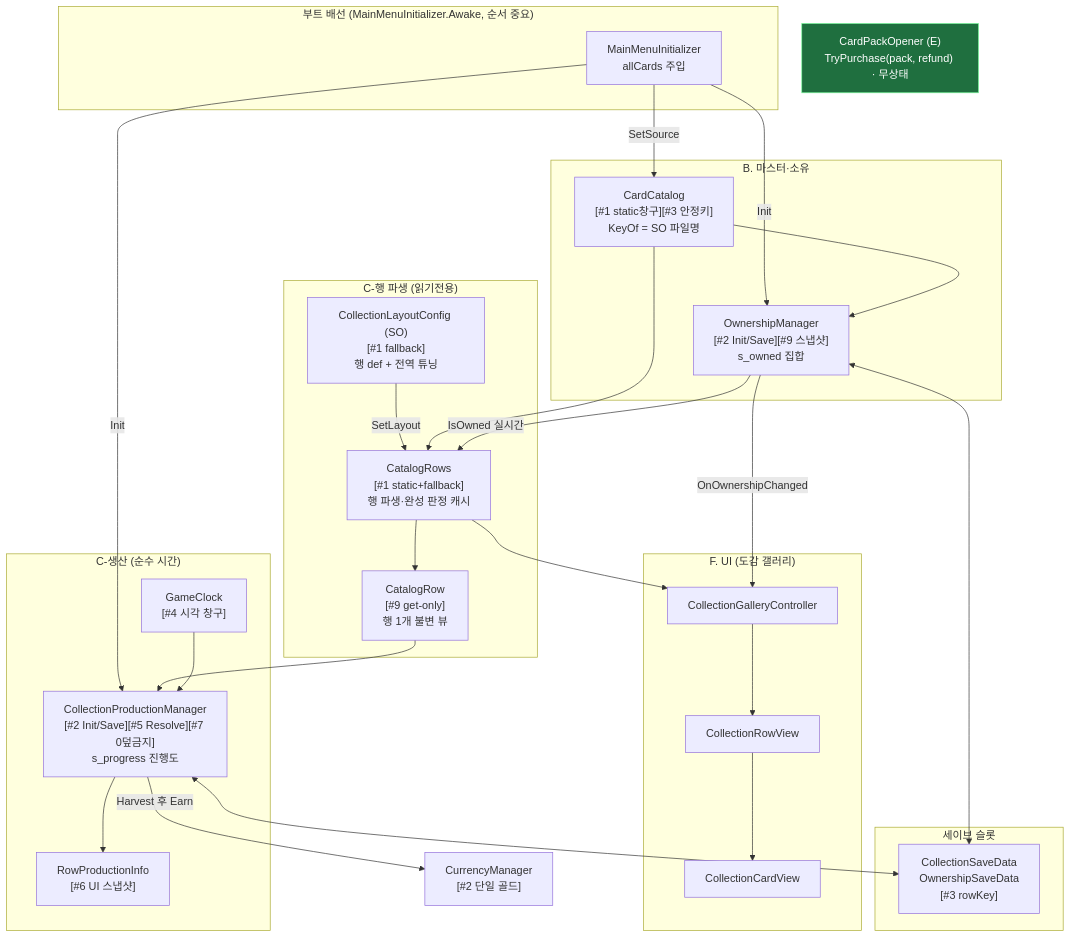
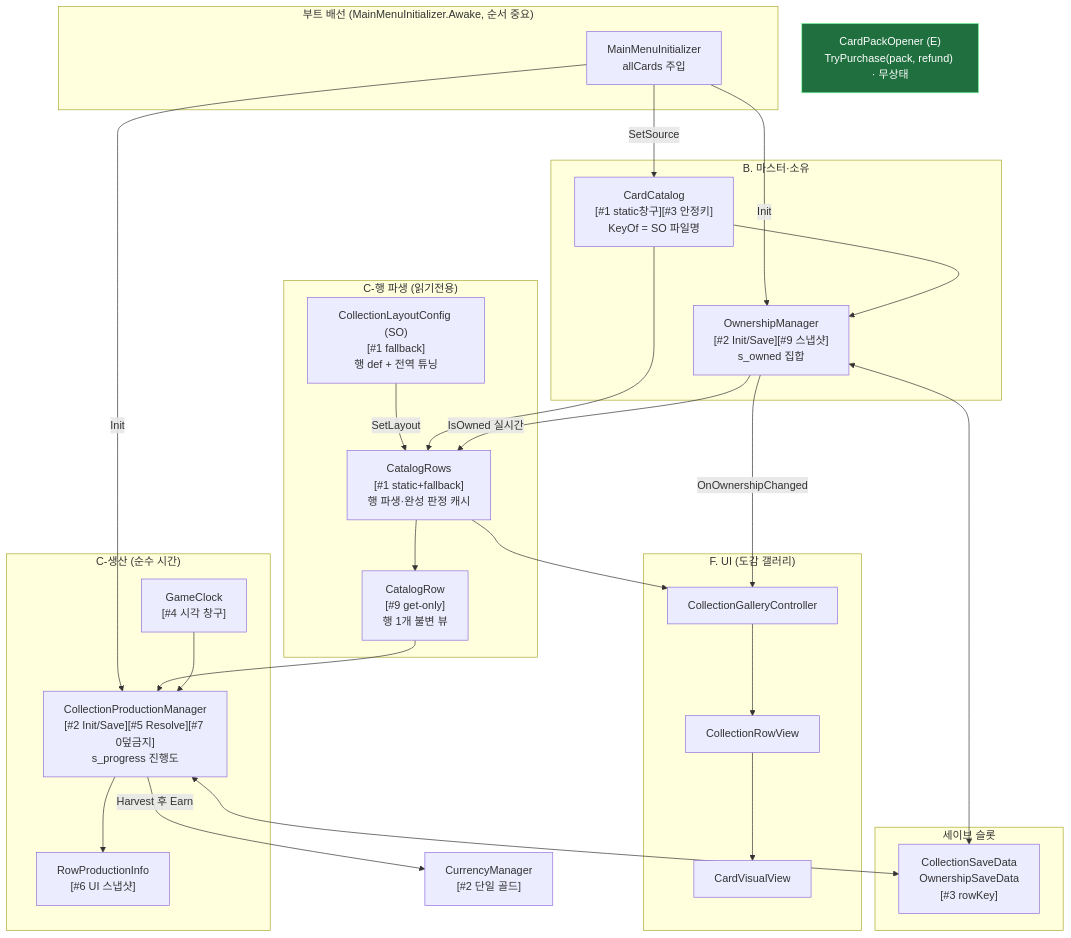
One commit to hspark-maker/TeamfightTCG_Migriation changed the second of 18 diagrams in docs/OutGamePlan/STRUCTURE.md. Above: the diagram before and after it, drawn with Mermaid. The commit also changed other lines of this file and 28 other files, not shown here.

````diff
--- a/docs/OutGamePlan/STRUCTURE.md
+++ b/docs/OutGamePlan/STRUCTURE.md
@@ -92,55 +93,55 @@
 ```mermaid
 flowchart TD
     subgraph boot["부트 배선 (MainMenuInitializer.Awake, 순서 중요)"]
         INIT["MainMenuInitializer<br/>allCards 주입"]
     end
 
     subgraph master["B. 마스터·소유"]
         CAT["CardCatalog<br/>[#1 static창구][#3 안정키]<br/>KeyOf = SO 파일명"]
         OWN["OwnershipManager<br/>[#2 Init/Save][#9 스냅샷]<br/>s_owned 집합"]
     end
 
     subgraph derive["C-행 파생 (읽기전용)"]
         CFG["CollectionLayoutConfig (SO)<br/>[#1 fallback]<br/>행 def + 전역 튜닝"]
         ROWS["CatalogRows<br/>[#1 static+fallback]<br/>행 파생·완성 판정 캐시"]
         ROW["CatalogRow<br/>[#9 get-only]<br/>행 1개 불변 뷰"]
     end
 
     subgraph prod["C-생산 (순수 시간)"]
         CLOCK["GameClock<br/>[#4 시각 창구]"]
         PROD["CollectionProductionManager<br/>[#2 Init/Save][#5 Resolve][#7 0덮금지]<br/>s_progress 진행도"]
         INFO["RowProductionInfo<br/>[#6 UI 스냅샷]"]
     end
 
     subgraph save["세이브 슬롯"]
         SD["CollectionSaveData<br/>OwnershipSaveData<br/>[#3 rowKey]"]
     end
 
     CUR["CurrencyManager<br/>[#2 단일 골드]"]
     OPENER["CardPackOpener (E)<br/>TryPurchase(pack, refund) · 무상태"]:::new
 
     subgraph ui["F. UI (도감 갤러리)"]
         GAL["CollectionGalleryController"]
         RV["CollectionRowView"]
-        CV["CollectionCardView"]
+        CV["CardVisualView"]
     end
 
     INIT -->|SetSource| CAT
     INIT -->|Init| OWN
     INIT -->|Init| PROD
     CAT --> OWN
     CFG -->|SetLayout| ROWS
     CAT --> ROWS
     ROWS --> ROW
     OWN -->|IsOwned 실시간| ROWS
     ROW --> PROD
     CLOCK --> PROD
     PROD -->|"Harvest 후 Earn"| CUR
     OWN <--> SD
     PROD <--> SD
     PROD --> INFO
     ROWS --> GAL
     GAL --> RV --> CV
     OWN -->|OnOwnershipChanged| GAL
     classDef new fill:#1f6f3f,stroke:#7CFC9E,color:#fff;
 ```
````
